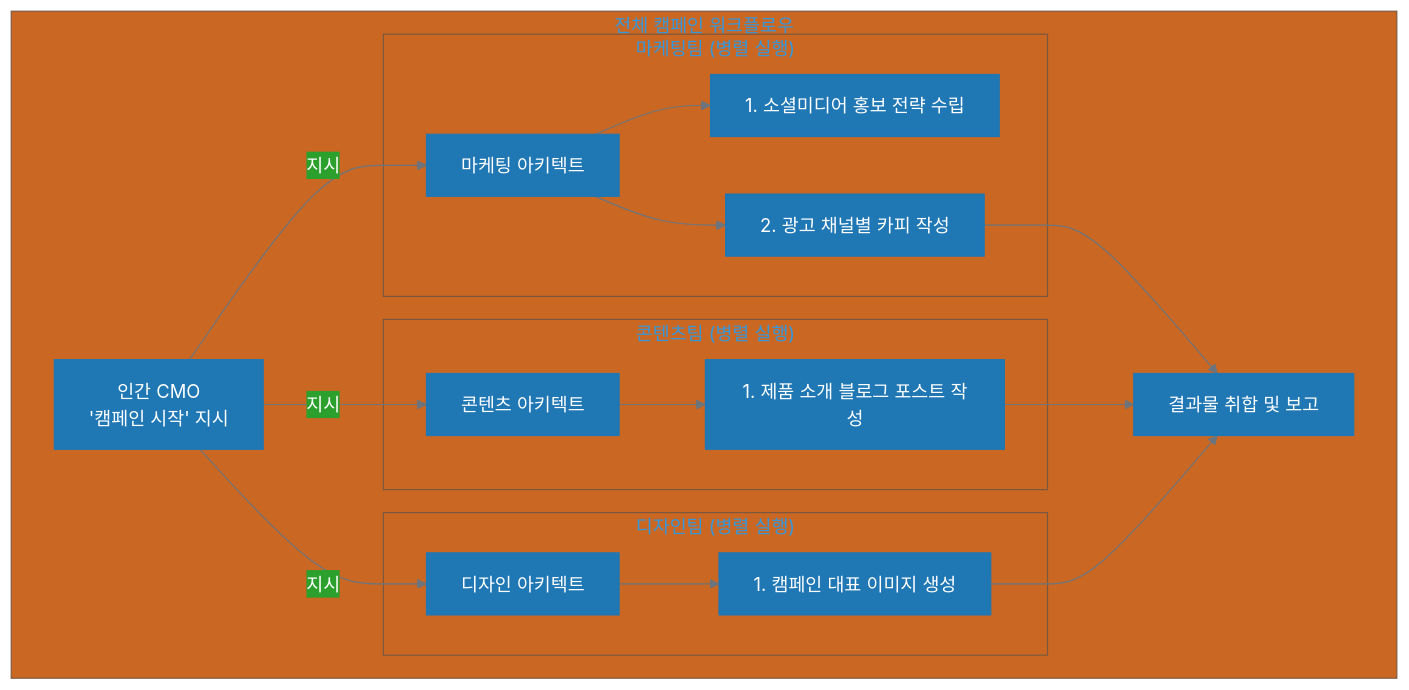
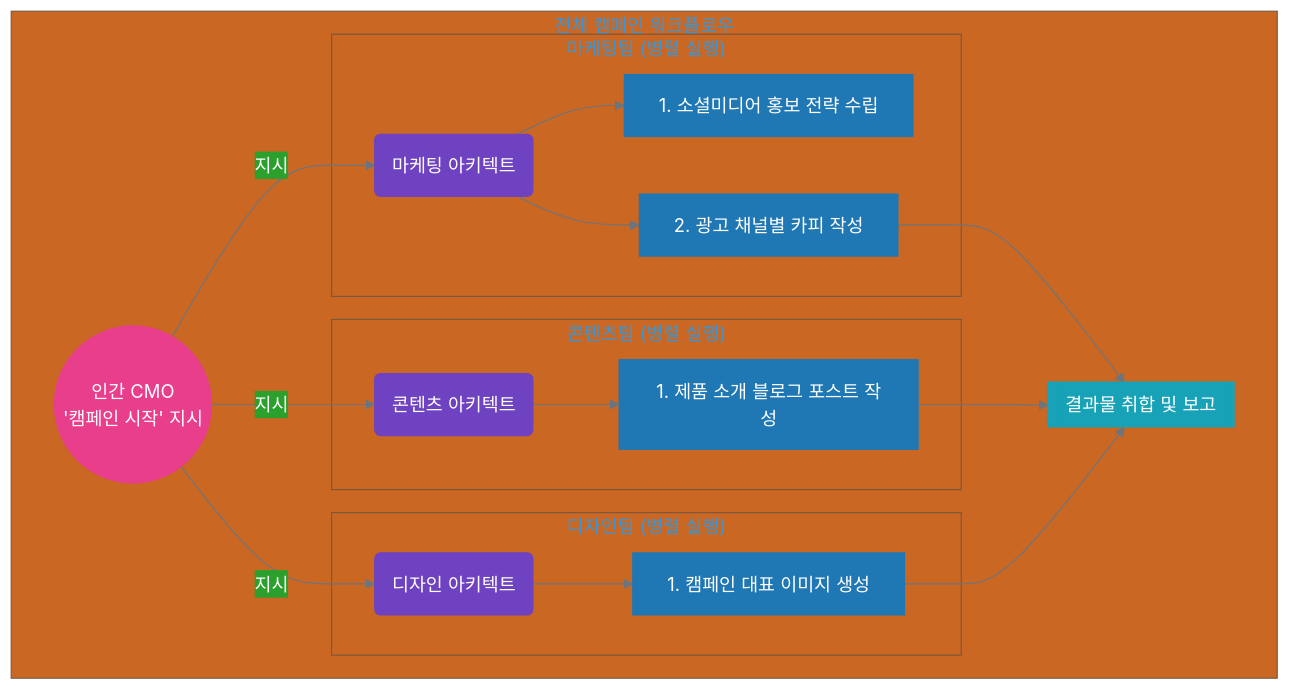
Before and after one commit to wooxist/ai-instructions: the second of 2 diagrams in book/11-3-complex-organization.md, drawn with Mermaid. The commit also changed other lines of this file and 15 other files, not shown here.

````diff
--- a/book/11-3-complex-organization.md
+++ b/book/11-3-complex-organization.md
@@ -76,38 +85,49 @@
 ```mermaid
 %%{init: {
   'theme': 'base',
   'themeVariables': {
     'primaryColor': '#1f77b4',
     'primaryTextColor': '#ffffff',
     'primaryBorderColor': '#1f77b4',
     'lineColor': '#6c757d',
     'background': 'transparent',
     'edgeLabelBackground': '#2ca02c'
   }
 }}%%
 graph TD
     subgraph "전체 캠페인 워크플로우"
-        CMO["인간 CMO<br/>'캠페인 시작' 지시"]
+        CMO(("인간 CMO<br/>'캠페인 시작' 지시"))
 
         subgraph "마케팅팀 (병렬 실행)"
-            M_A["마케팅 아키텍트"] --> M_W1["1. 소셜미디어 홍보 전략 수립"]
+            M_A("마케팅 아키텍트") --> M_W1["1. 소셜미디어 홍보 전략 수립"]
             M_A --> M_W2["2. 광고 채널별 카피 작성"]
         end
 
         subgraph "콘텐츠팀 (병렬 실행)"
-            C_A["콘텐츠 아키텍트"] --> C_W1["1. 제품 소개 블로그 포스트 작성"]
+            C_A("콘텐츠 아키텍트") --> C_W1["1. 제품 소개 블로그 포스트 작성"]
         end
         
         subgraph "디자인팀 (병렬 실행)"
-            D_A["디자인 아키텍트"] --> D_W1["1. 캠페인 대표 이미지 생성"]
+            D_A("디자인 아키텍트") --> D_W1["1. 캠페인 대표 이미지 생성"]
         end
 
         CMO -- "지시" --> M_A
         CMO -- "지시" --> C_A
         CMO -- "지시" --> D_A
 
-        M_W2 --> Final["결과물 취합 및 보고"]
+        M_W2 --> Final[["결과물 취합 및 보고"]]
         C_W1 --> Final
         D_W1 --> Final
     end
+
+    %% 클래스 정의 및 적용 (WRITER 부록 A 기준)
+    classDef principle fill:#1f77b4,stroke:#1f77b4,color:#ffffff;
+    classDef decision fill:#ffffff,stroke:#495057,stroke-width:2px,color:#212529;
+    classDef agent fill:#6f42c1,stroke:#6f42c1,color:#ffffff;
+    classDef artifact fill:#17a2b8,stroke:#17a2b8,color:#ffffff;
+    classDef data fill:#2ca02c,stroke:#2ca02c,color:#ffffff;
+    classDef human fill:#e83e8c,stroke:#e83e8c,color:#ffffff;
+    class CMO human;
+    class M_A,C_A,D_A agent;
+    class Final artifact;
 ```
````
